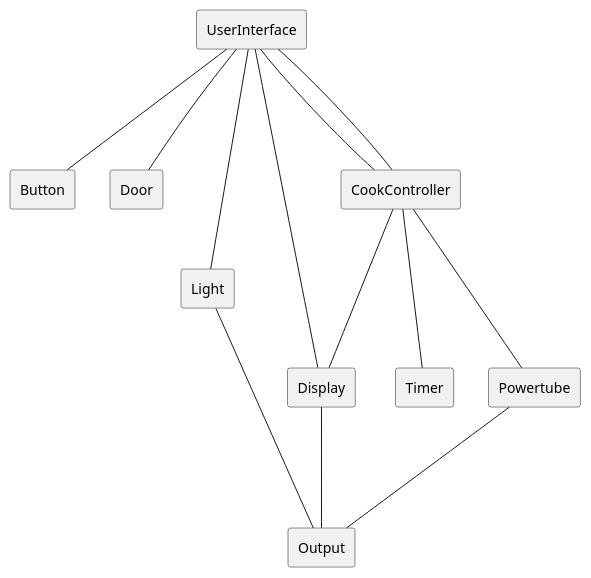
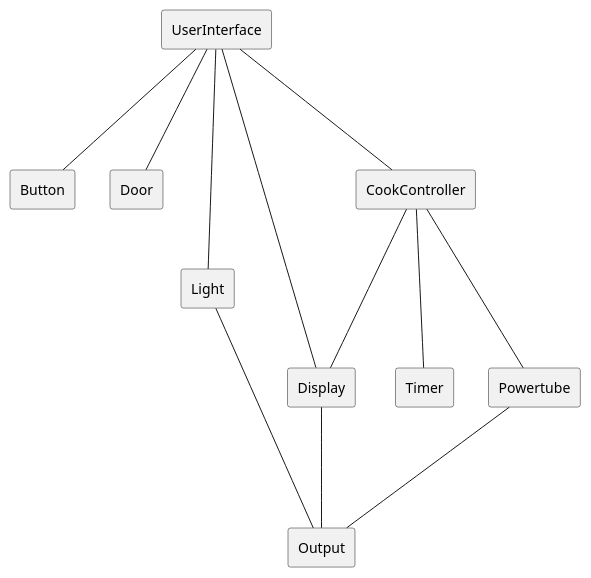
The diagram in dt.puml (Yoda92/MicrowaveUnitTestedSolution), drawn with PlantUML before and after one commit.

Commit message:
dt update

```diff
--- a/dt.puml
+++ b/dt.puml
@@ -1,56 +1,54 @@
 @startuml
 
 hide circle
 skinparam classAttributeIconSize 0
 
 rectangle "Button" {
 }
 
 rectangle "Door" {
 }
 
 rectangle "UserInterface" {
 }
 
 rectangle "Light" {
 }
 
 rectangle "Display" {
 }
 
 rectangle "CookController" {
 }
 
 rectangle "Timer" {
 }
 
 rectangle "Output" {
 }
 
 rectangle "Powertube" {
 }
 
 Display --- Output
 
 Light --- Output
 
 Powertube --- Output
 
-CookController --- UserInterface
-
 CookController --- Display
 
 CookController --- Powertube
 
 CookController --- Timer
 
 UserInterface --- CookController
 
 UserInterface --- Button
 
 UserInterface --- Door
 
 UserInterface --- Light
 
 UserInterface --- Display
 @enduml
```
